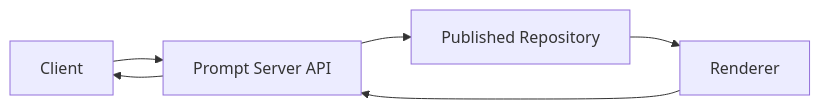
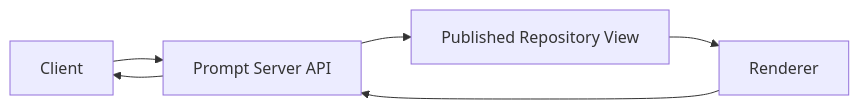
Before and after one commit to Artem535/TextFoundry: the diagram in doc/modules/ROOT/pages/project/functions/prompt-server/system-design.adoc, drawn with Mermaid. The commit also changed other lines of this file and 9 other files, not shown here.

```diff
--- a/doc/modules/ROOT/pages/project/functions/prompt-server/system-design.adoc
+++ b/doc/modules/ROOT/pages/project/functions/prompt-server/system-design.adoc
@@ -34,9 +60,9 @@
 [mermaid]
 ----
 flowchart LR
   Client --> Server["Prompt Server API"]
-  Server --> Published["Published Repository"]
+  Server --> Published["Published Repository View"]
   Published --> Renderer["Renderer"]
   Renderer --> Server
   Server --> Client
 ----
```
